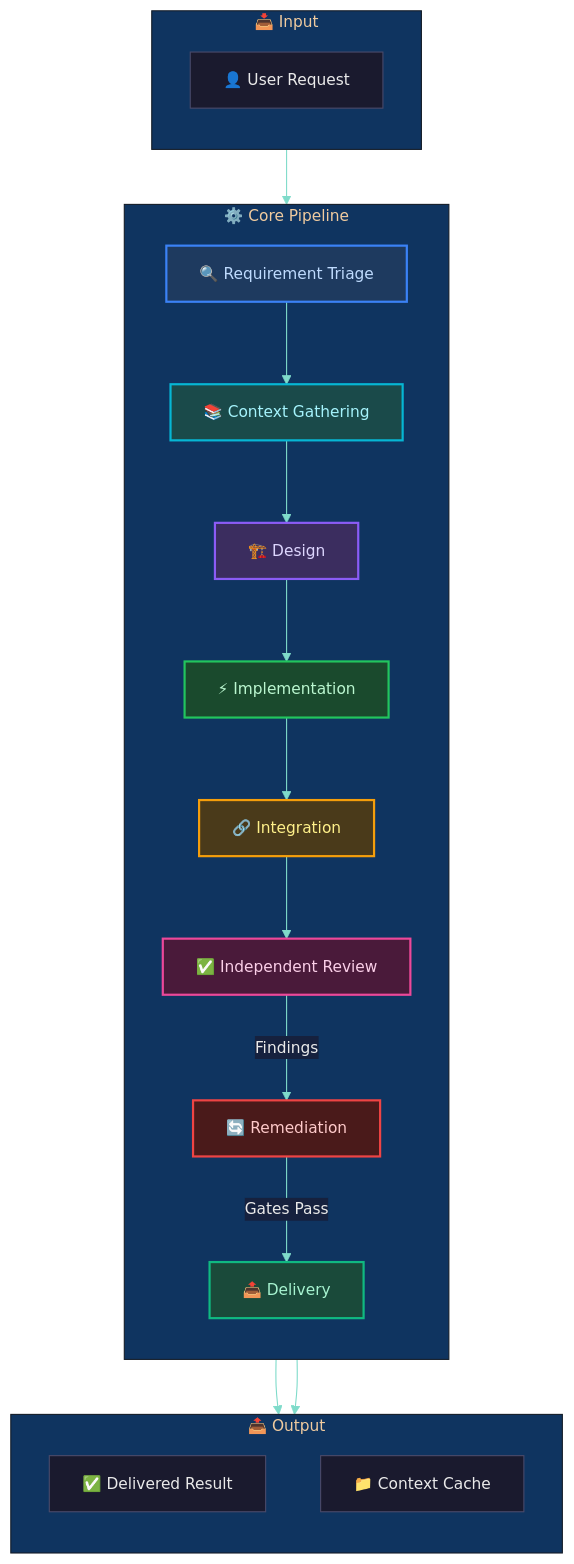
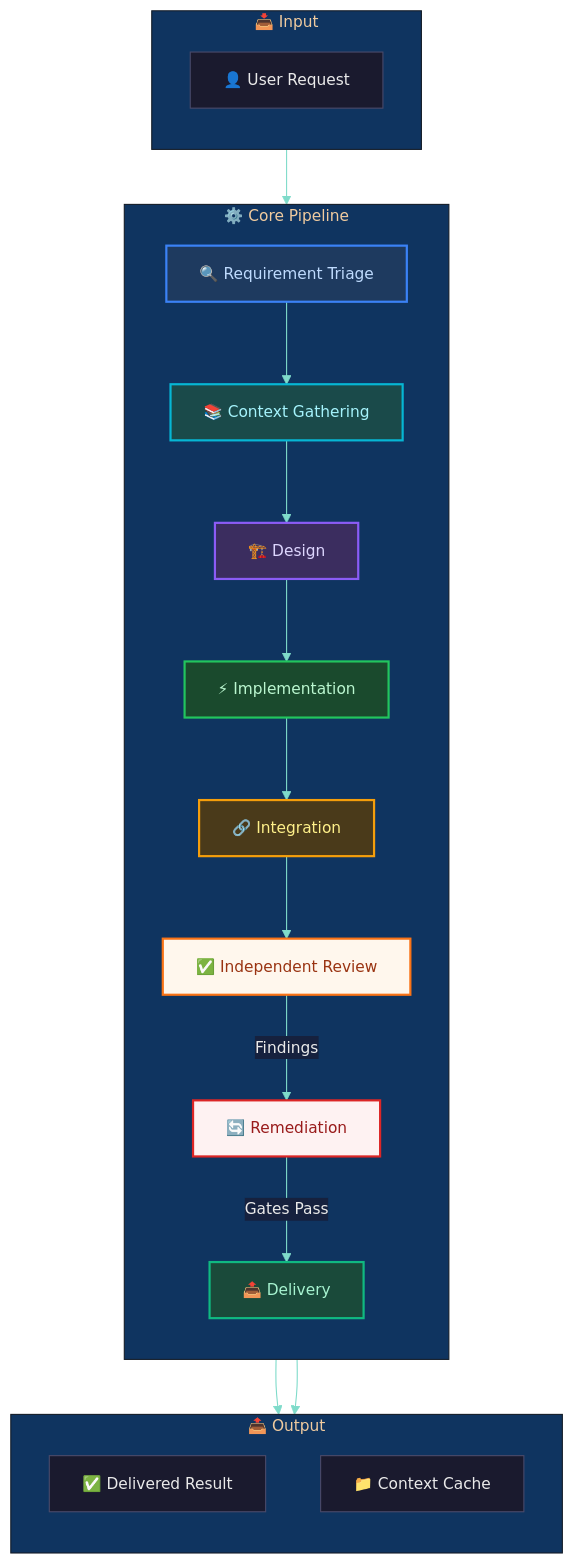
Before and after one commit to galpt/kilocode-agents: the first of 2 diagrams in README.md, drawn with Mermaid. The commit also changed other lines of this file, not shown here.

````diff
--- a/README.md
+++ b/README.md
@@ -39,55 +39,55 @@
 ```mermaid
 %%{init: {'theme': 'base', 'themeVariables': {'primaryColor': '#1a1a2e', 'primaryTextColor': '#eaeaea', 'primaryBorderColor': '#4a4a6a', 'lineColor': '#7fdbca', 'secondaryColor': '#16213e', 'tertiaryColor': '#0f3460', 'fontFamily': 'Inter, system-ui, sans-serif', 'fontSize': '14px'}}}%%
 flowchart TB
     subgraph INPUT["📥 Input"]
         direction TB
         USER["👤 User Request"]
     end
 
     subgraph CORE["⚙️ Core Pipeline"]
         direction TB
         T0["🔍 Requirement Triage"]
         T1["📚 Context Gathering"]
         T2["🏗️ Design"]
         T3["⚡ Implementation"]
         T4["🔗 Integration"]
         T5["✅ Independent Review"]
         T6["🔄 Remediation"]
         T7["📤 Delivery"]
     end
 
     subgraph OUTPUT["📤 Output"]
         direction TB
         RESULT["✅ Delivered Result"]
         ARTIFACTS["📁 Context Cache"]
     end
 
     USER --> T0
     T0 --> T1
     T1 --> T2
     T2 --> T3
     T3 --> T4
     T4 --> T5
     T5 -->|"Findings"| T6
     T6 -->|"Gates Pass"| T7
     T7 --> RESULT
     T7 --> ARTIFACTS
 
     T0:::triage
     T1:::context
     T2:::design
     T3:::impl
     T4:::integrate
     T5:::review
     T6:::remediate
     T7:::deliver
 
     classDef triage fill:#1e3a5f,stroke:#3b82f6,stroke-width:2px,color:#bfdbfe
     classDef context fill:#1a4a4a,stroke:#06b6d4,stroke-width:2px,color:#a5f3fc
     classDef design fill:#3b2d5f,stroke:#8b5cf6,stroke-width:2px,color:#ddd6fe
     classDef impl fill:#1a4a2d,stroke:#22c55e,stroke-width:2px,color:#bbf7d0
     classDef integrate fill:#4a3a1a,stroke:#f59e0b,stroke-width:2px,color:#fef08a
-    classDef review fill:#4a1a3a,stroke:#ec4899,stroke-width:2px,color:#fbcfe8
-    classDef remediate fill:#4a1a1a,stroke:#ef4444,stroke-width:2px,color:#fecaca
+    classDef review fill:#fff7ed,stroke:#f97316,stroke-width:2px,color:#9a3412
+    classDef remediate fill:#fef2f2,stroke:#dc2626,stroke-width:2px,color:#991b1b
     classDef deliver fill:#1a4a3a,stroke:#10b981,stroke-width:2px,color:#a7f3d0
 ```
````
